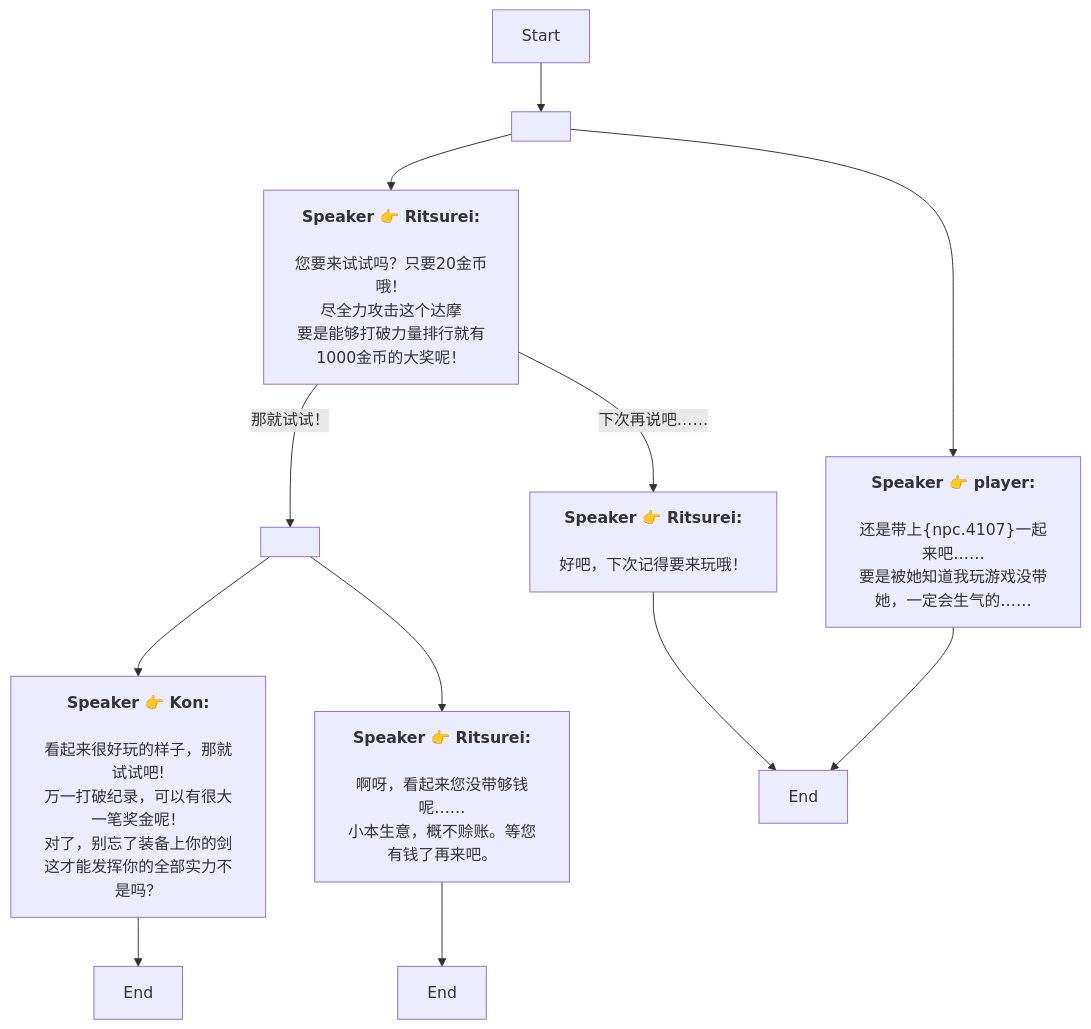
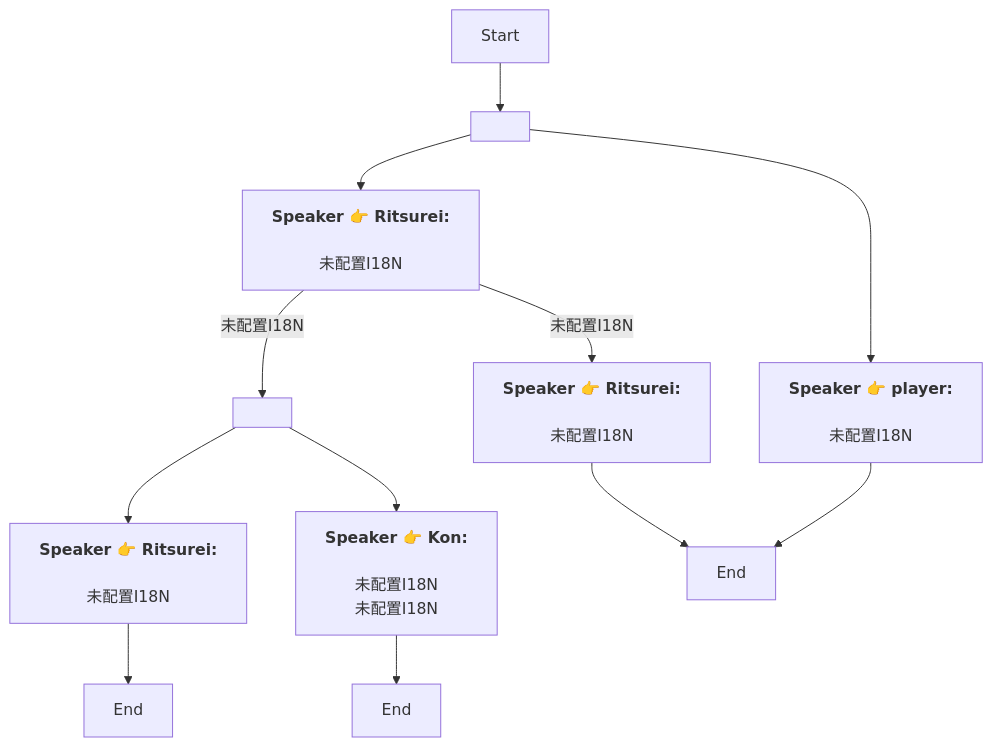
Before and after one commit to SoftHu/tos_avg: the diagram in Zh/QuestTalkObjectiveNode_1739078574305527.md, drawn with Mermaid. The commit also changed 780 other files, not shown here.

````diff
--- a/Zh/QuestTalkObjectiveNode_1739078574305527.md
+++ b/Zh/QuestTalkObjectiveNode_1739078574305527.md
@@ -1,26 +1,20 @@
 ```mermaid
 graph
 Start -->1739499472974035[ ]
+1739499472974035 -->1739499550318804[<b>Speaker 👉 player:</b>
+\n未配置I18N]
 1739499472974035 -->1739079569553663[<b>Speaker 👉 Ritsurei:</b>
-\n您要来试试吗？只要20金币哦！
-尽全力攻击这个达摩
-要是能够打破力量排行就有1000金币的大奖呢！]
-1739499472974035 -->1739499550318804[<b>Speaker 👉 player:</b>
-\n还是带上&lbrace;npc.4107&rbrace;一起来吧……
-要是被她知道我玩游戏没带她，一定会生气的……]
-1739079569553663 -->|那就试试！|1739143822959942[ ]
-1739079569553663 -->|下次再说吧……|1739505055256827[<b>Speaker 👉 Ritsurei:</b>
-\n好吧，下次记得要来玩哦！]
+\n未配置I18N]
+1739079569553663 -->|未配置I18N|1739505055256827[<b>Speaker 👉 Ritsurei:</b>
+\n未配置I18N]
+1739079569553663 -->|未配置I18N|1739143822959942[ ]
+1739143822959942 -->1739139167422757[<b>Speaker 👉 Ritsurei:</b>
+\n未配置I18N]
 1739143822959942 -->1739505703449823[<b>Speaker 👉 Kon:</b>
-\n看起来很好玩的样子，那就试试吧!
-万一打破纪录，可以有很大一笔奖金呢！\n对了，别忘了装备上你的剑
-这才能发挥你的全部实力不是吗？]
-1739143822959942 -->1739139167422757[<b>Speaker 👉 Ritsurei:</b>
-\n啊呀，看起来您没带够钱呢……
-小本生意，概不赊账。等您有钱了再来吧。]
+\n未配置I18N\n未配置I18N]
 1739505703449823 -->1739137581603081[End]
 1739139167422757 -->1739139364556070[End]
 1739505055256827 -->1739137553128712[End]
 1739499550318804 -->1739137553128712[End]
 
 ```
````
